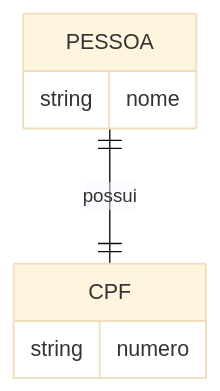
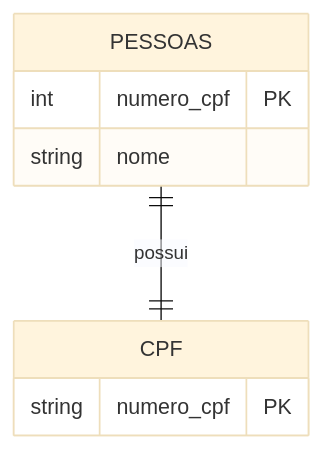
The fourth of 9 diagrams in docs/content/_aulas/banco-de-dados/modelo-de-dados/integridade-referencial-e-cardinalidade.md (myerco/CafeGeek), drawn with Mermaid (base theme) before and after one commit. The commit also changed other lines of this file and 1 other file, not shown here.

```diff
--- a/docs/content/_aulas/banco-de-dados/modelo-de-dados/integridade-referencial-e-cardinalidade.md
+++ b/docs/content/_aulas/banco-de-dados/modelo-de-dados/integridade-referencial-e-cardinalidade.md
@@ -46,10 +100,11 @@
 <div class="mermaid">
 erDiagram
-    PESSOA ||--|| CPF : possui
-    PESSOA {
-      string nome
+    PESSOAS ||--|| CPF : possui
+    PESSOAS {
+        int numero_cpf  PK
+        string nome
     }
     CPF {
-      string numero
+      string numero_cpf PK
     }
 </div>
```
